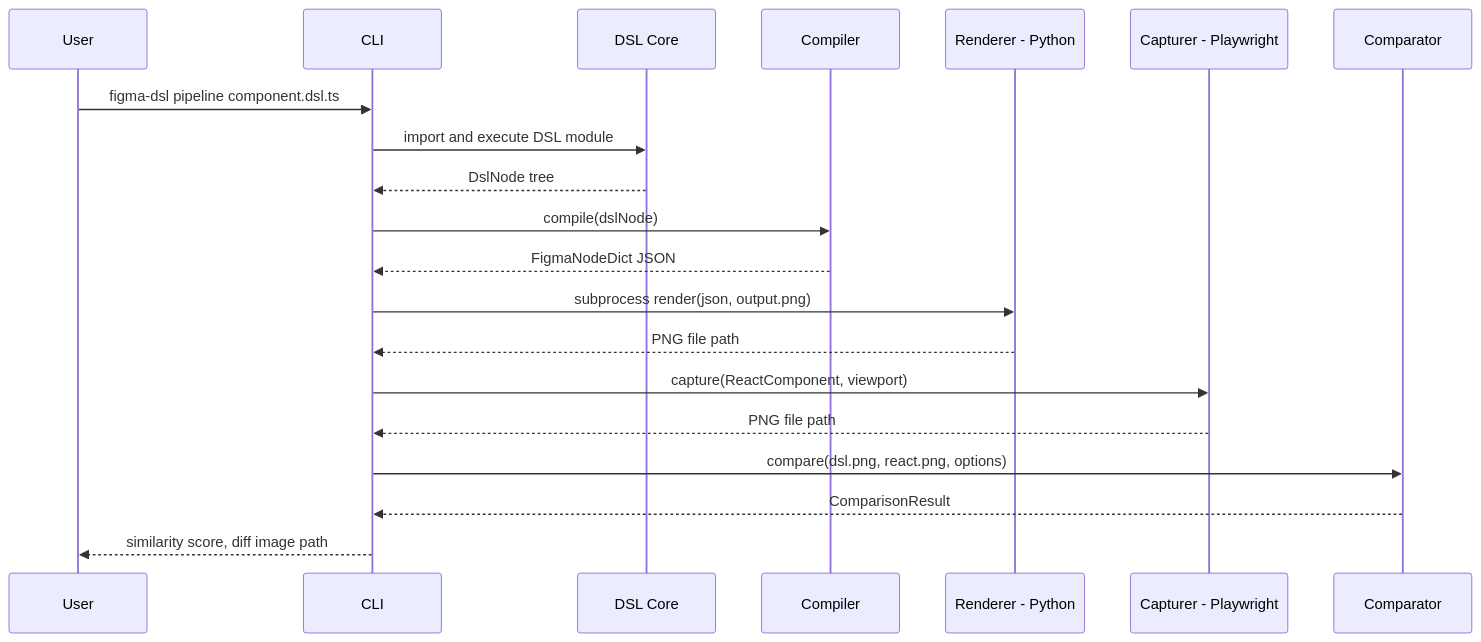
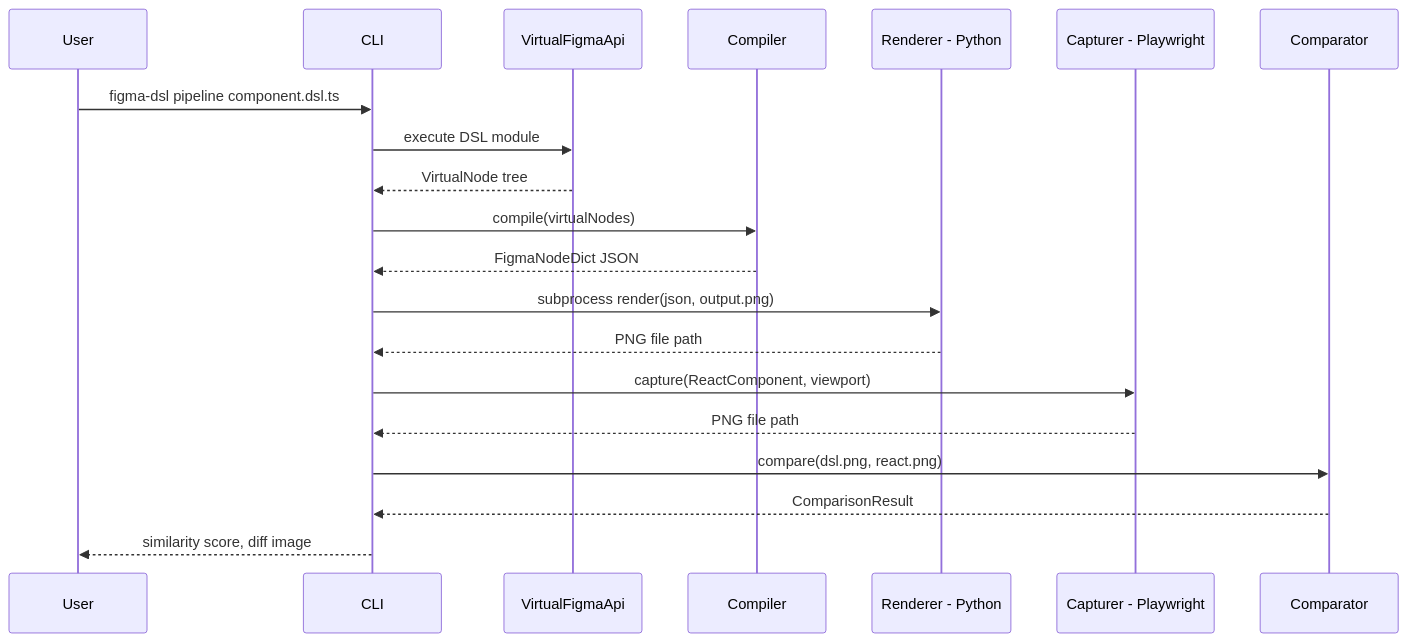
One commit to TETRA2000/figma-component-dsl changed the second of 5 diagrams in .kiro/specs/figma-component-dsl/design.md. Above: the diagram before and after it, drawn with Mermaid. The commit also changed other lines of this file and 2 other files, not shown here.

First line of the commit message:
Regenerate design: adapter pattern for DSL-as-Plugin-API-code + AI skill

````diff
--- a/.kiro/specs/figma-component-dsl/design.md
+++ b/.kiro/specs/figma-component-dsl/design.md
@@ -118,23 +117,23 @@
 ```mermaid
 sequenceDiagram
     participant User
     participant CLI
-    participant DSL as DSL Core
+    participant VApi as VirtualFigmaApi
     participant Compiler
     participant Renderer as Renderer - Python
     participant Capturer as Capturer - Playwright
     participant Comparator
 
     User->>CLI: figma-dsl pipeline component.dsl.ts
-    CLI->>DSL: import and execute DSL module
-    DSL-->>CLI: DslNode tree
-    CLI->>Compiler: compile(dslNode)
+    CLI->>VApi: execute DSL module
+    VApi-->>CLI: VirtualNode tree
+    CLI->>Compiler: compile(virtualNodes)
     Compiler-->>CLI: FigmaNodeDict JSON
     CLI->>Renderer: subprocess render(json, output.png)
     Renderer-->>CLI: PNG file path
     CLI->>Capturer: capture(ReactComponent, viewport)
     Capturer-->>CLI: PNG file path
-    CLI->>Comparator: compare(dsl.png, react.png, options)
+    CLI->>Comparator: compare(dsl.png, react.png)
     Comparator-->>CLI: ComparisonResult
-    CLI-->>User: similarity score, diff image path
+    CLI-->>User: similarity score, diff image
 ```
````
